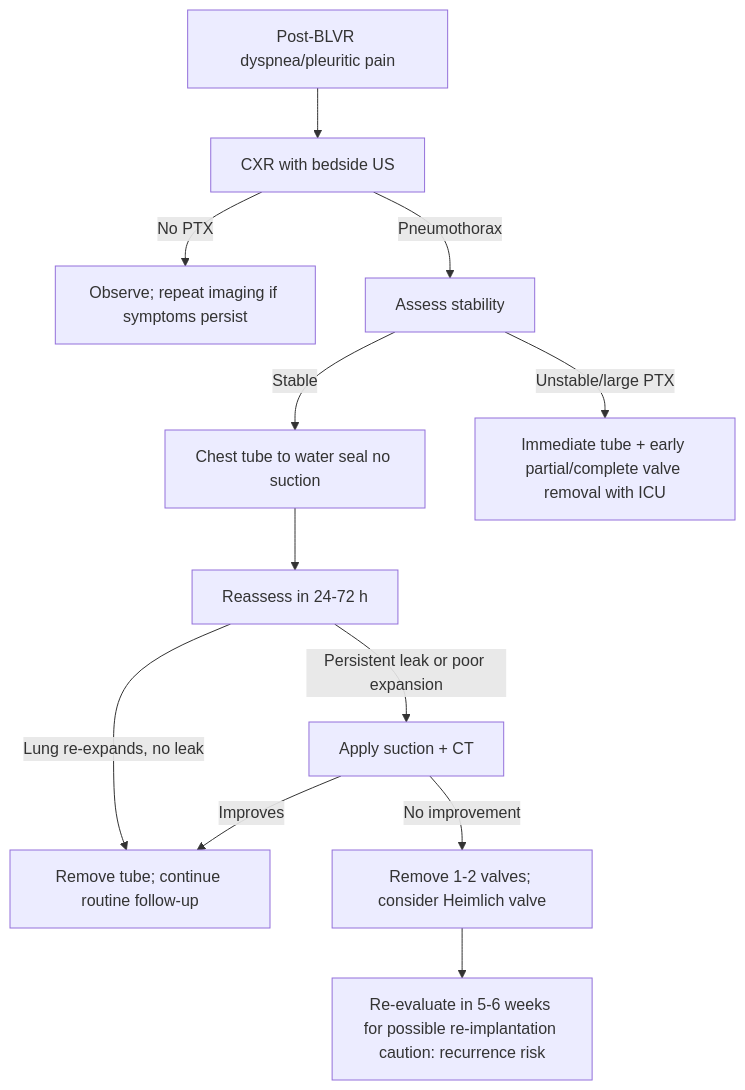
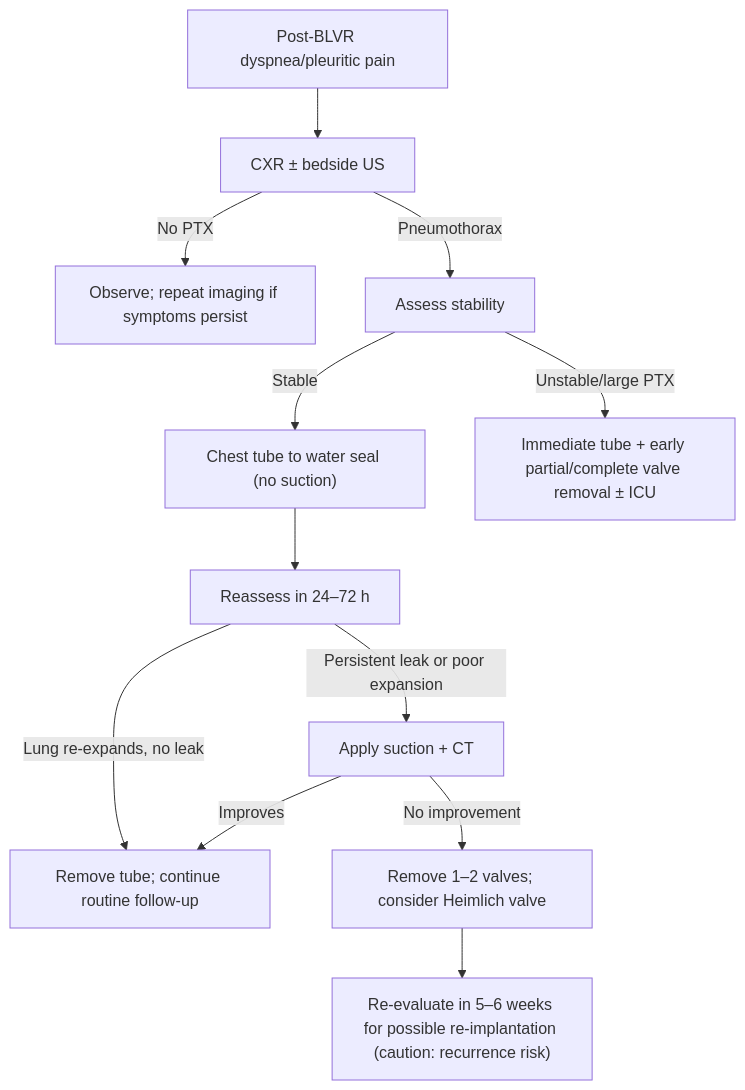
The second of 2 diagrams in content/modules/board/bronchoscopic-and-surgical-treatment-for-copd-and-chronic-bronchitis.mdx (russellmiller49/Interventional-Pulm-Education-Project), drawn with Mermaid before and after one commit. The commit also changed other lines of this file and 45 other files, not shown here.

````diff
--- a/content/modules/board/bronchoscopic-and-surgical-treatment-for-copd-and-chronic-bronchitis.mdx
+++ b/content/modules/board/bronchoscopic-and-surgical-treatment-for-copd-and-chronic-bronchitis.mdx
@@ -238,14 +174,14 @@
 ```mermaid
 flowchart TD
-A[Post‑BLVR dyspnea/pleuritic pain] --> B[CXR with bedside US]
-B -->|No PTX| C[Observe; repeat imaging if symptoms persist]
-B -->|Pneumothorax| D[Assess stability]
-D -->|Stable| E[Chest tube to water seal no suction]
-E --> F[Reassess in 24-72 h]
-F -->|Lung re‑expands, no leak| G[Remove tube; continue routine follow‑up]
-F -->|Persistent leak or poor expansion| H[Apply suction + CT]
-H -->|Improves| G
-H -->|No improvement| I[Remove 1-2 valves; consider Heimlich valve]
-D -->|Unstable/large PTX| J[Immediate tube + early partial/complete valve removal with ICU]
-I --> K[Re‑evaluate in 5-6 weeks for possible re‑implantation caution: recurrence risk]
+        A["Post-BLVR dyspnea/pleuritic pain"] --> B["CXR ± bedside US"]
+        B -->|"No PTX"| C["Observe; repeat imaging if symptoms persist"]
+        B -->|"Pneumothorax"| D["Assess stability"]
+        D -->|"Stable"| E["Chest tube to water seal (no suction)"]
+        E --> F["Reassess in 24–72 h"]
+        F -->|"Lung re-expands, no leak"| G["Remove tube; continue routine follow-up"]
+        F -->|"Persistent leak or poor expansion"| H["Apply suction + CT"]
+        H -->|"Improves"| G
+        H -->|"No improvement"| I["Remove 1–2 valves; consider Heimlich valve"]
+        D -->|"Unstable/large PTX"| J["Immediate tube + early partial/complete valve removal ± ICU"]
+        I --> K["Re-evaluate in 5–6 weeks for possible re-implantation (caution: recurrence risk)"]
 ```
````
